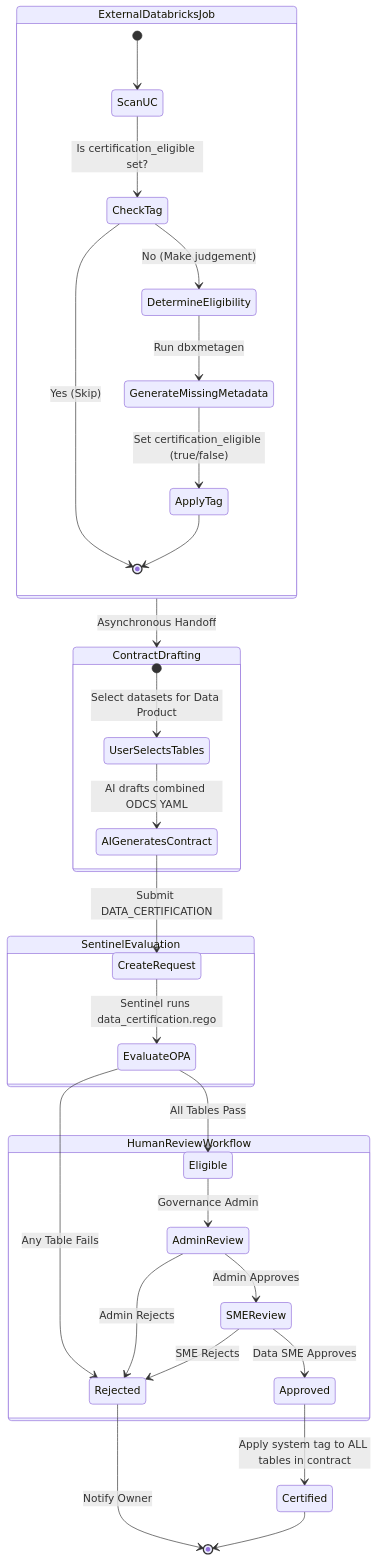
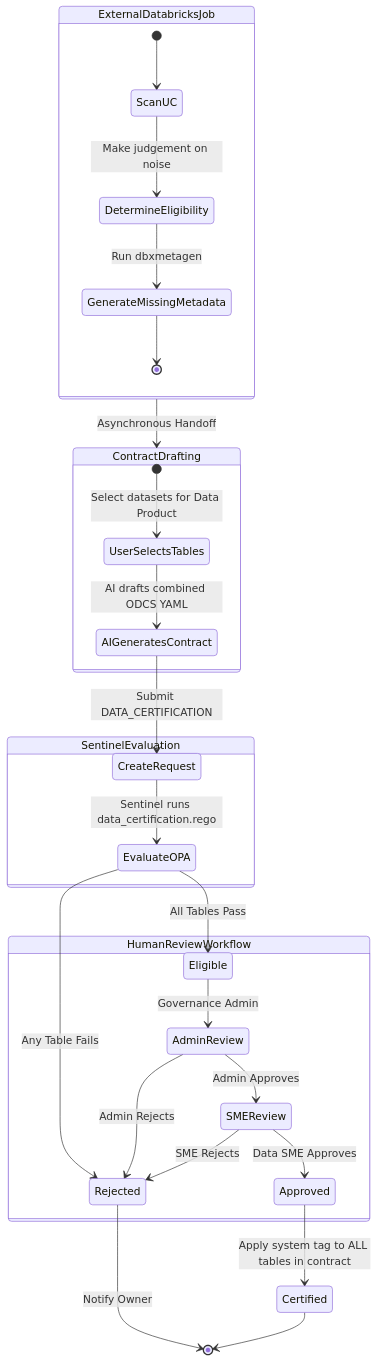
Before and after one commit to TaylorAHanson/ssc: the diagram in docs/GOVERNANCE.md, drawn with Mermaid. The commit also changed other lines of this file and 11 other files, not shown here.

````diff
--- a/docs/GOVERNANCE.md
+++ b/docs/GOVERNANCE.md
@@ -74,38 +73,35 @@
 ```mermaid
 stateDiagram-v2
     state ExternalDatabricksJob {
         [*] --> ScanUC
-        ScanUC --> CheckTag : Is certification_eligible set?
-        CheckTag --> [*] : Yes (Skip)
-        CheckTag --> DetermineEligibility : No (Make judgement)
+        ScanUC --> DetermineEligibility : Make judgement on noise
         DetermineEligibility --> GenerateMissingMetadata : Run dbxmetagen
-        GenerateMissingMetadata --> ApplyTag : Set certification_eligible (true/false)
-        ApplyTag --> [*]
+        GenerateMissingMetadata --> [*]
     }
 
     state ContractDrafting {
         [*] --> UserSelectsTables : Select datasets for Data Product
         UserSelectsTables --> AIGeneratesContract : AI drafts combined ODCS YAML
         AIGeneratesContract --> CreateRequest : Submit DATA_CERTIFICATION
     }
     
     state SentinelEvaluation {
         CreateRequest --> EvaluateOPA : Sentinel runs data_certification.rego
         EvaluateOPA --> Eligible : All Tables Pass
         EvaluateOPA --> Rejected : Any Table Fails
     }
 
     state HumanReviewWorkflow {
         Eligible --> AdminReview : Governance Admin
         AdminReview --> SMEReview : Admin Approves
         AdminReview --> Rejected : Admin Rejects
         
         SMEReview --> Approved : Data SME Approves
         SMEReview --> Rejected : SME Rejects
     }
     
     ExternalDatabricksJob --> ContractDrafting : Asynchronous Handoff
     Approved --> Certified : Apply system tag to ALL tables in contract
     Rejected --> [*] : Notify Owner
     Certified --> [*]
 ```
````
